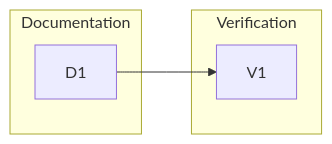
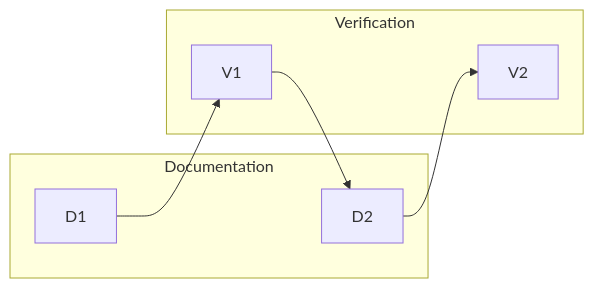
Before and after one commit to mynghn/leanplan: the diagram in docs/features/260623-remove-chezmoi-dependency/tasks.md, drawn with Mermaid. The commit also changed other lines of this file and 26 other files, not shown here.

````diff
--- a/docs/features/260623-remove-chezmoi-dependency/tasks.md
+++ b/docs/features/260623-remove-chezmoi-dependency/tasks.md
@@ -9,10 +9,14 @@
 ```mermaid
 flowchart LR
     subgraph D [Documentation]
       D1
+      D2
     end
     subgraph V [Verification]
       V1
+      V2
     end
     D1 --> V1
+    V1 --> D2
+    D2 --> V2
 ```
````
